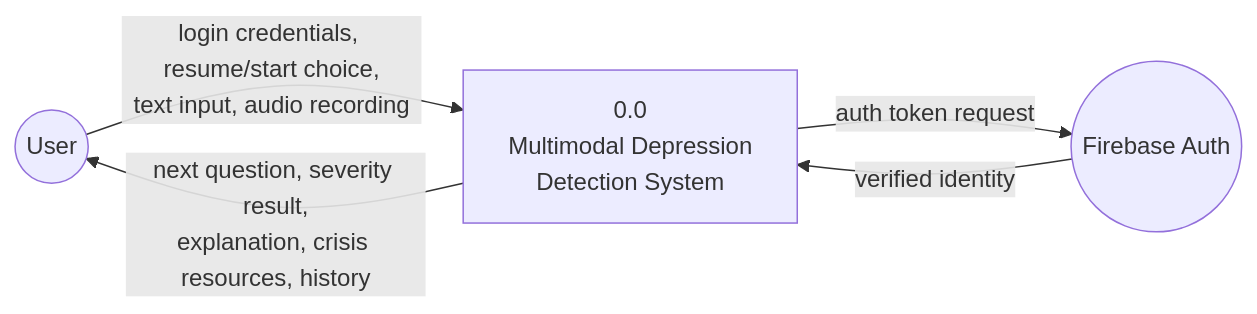
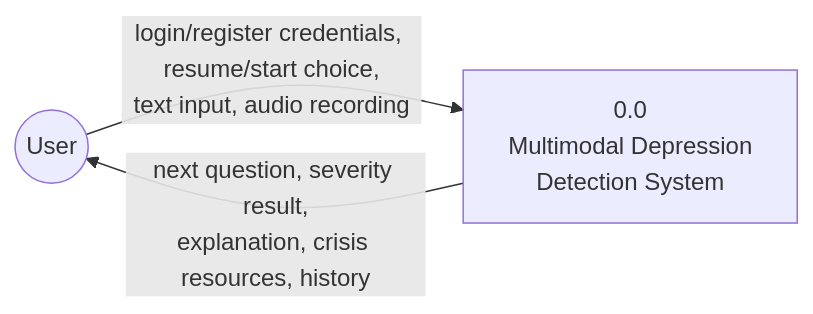
One commit to dhananjaysaini44/BimodalPsycheAI changed the diagram in architecture/dfd_level0_final.mermaid. Above: the diagram before and after it, drawn with Mermaid. The commit also changed 8 other files, not shown here.

```diff
--- a/architecture/dfd_level0_final.mermaid
+++ b/architecture/dfd_level0_final.mermaid
@@ -1,10 +1,7 @@
 flowchart LR
     User(("User"))
-    FB(("Firebase Auth"))
 
     System["0.0<br/>Multimodal Depression<br/>Detection System"]
 
-    User -->|"login credentials, resume/start choice,<br/>text input, audio recording"| System
-    System -->|"auth token request"| FB
-    FB -->|"verified identity"| System
+    User -->|"login/register credentials, resume/start choice,<br/>text input, audio recording"| System
     System -->|"next question, severity result,<br/>explanation, crisis resources, history"| User
```
